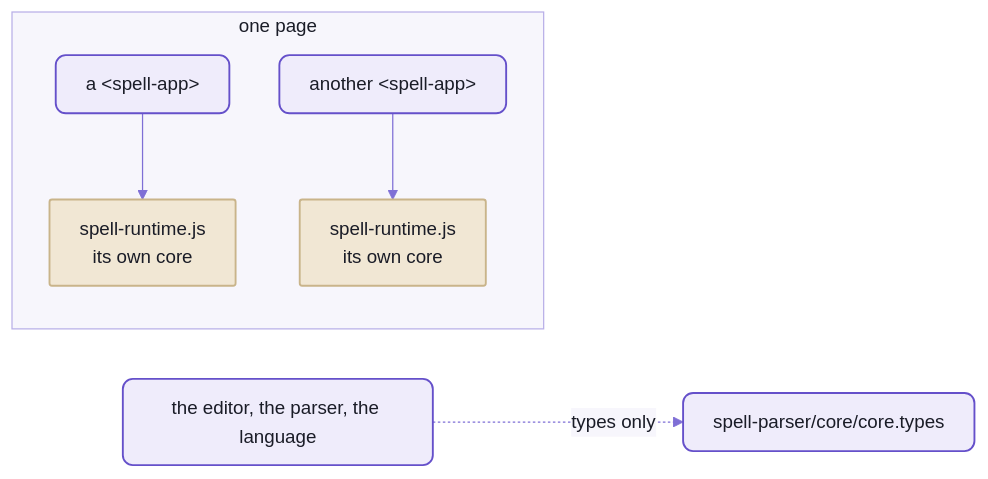
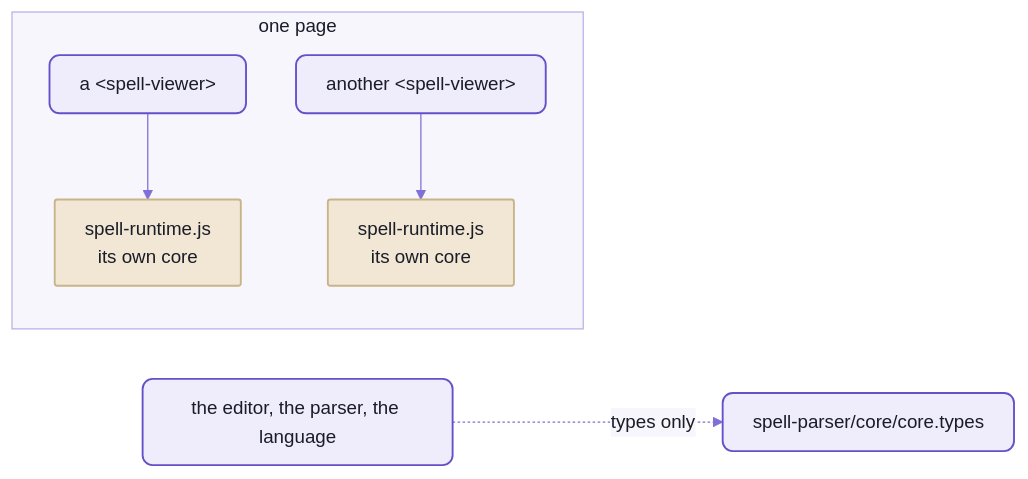
One commit to spell-app/spell changed the second of 2 diagrams in parser/README-core.md. Above: the diagram before and after it, drawn with Mermaid. The commit also changed other lines of this file and 36 other files, not shown here.

Commit message:
elemental-spell P2, I1, I2:  Spell Viewer -- the runtime <spell-app> page element is now <spell-viewer>;  App is a View with its own <solitaire-app> element, which the viewer places;  compiled modules import only the built-in classes they use

````diff
--- a/parser/README-core.md
+++ b/parser/README-core.md
@@ -404,13 +405,13 @@
 ```mermaid
 %%{init: {"theme":"base","themeVariables":{"fontFamily":"-apple-system, BlinkMacSystemFont, Segoe UI, Helvetica, Arial, sans-serif","fontSize":"15px","primaryColor":"#EFECFB","primaryBorderColor":"#6550CA","primaryTextColor":"#1A1C27","secondaryColor":"#F4F1E9","tertiaryColor":"#F7F6FC","lineColor":"#7F6FD6","textColor":"#7F6FD6","clusterBkg":"#F7F6FC","clusterBorder":"#B9B0E8","titleColor":"#1A1C27","edgeLabelBackground":"#F7F6FC","actorBkg":"#EFECFB","actorBorder":"#6550CA","actorTextColor":"#1A1C27","actorLineColor":"#9C90DE","signalColor":"#7F6FD6","signalTextColor":"#7F6FD6","labelBoxBkgColor":"#EFECFB","labelBoxBorderColor":"#6550CA","labelTextColor":"#1A1C27","loopTextColor":"#7F6FD6","noteBkgColor":"#F1E7D4","noteBorderColor":"#C9B48A","noteTextColor":"#1A1C27","activationBkgColor":"#DCD6F7","activationBorderColor":"#6550CA","sequenceNumberColor":"#FFFFFF"},"flowchart":{"curve":"basis","padding":12,"nodeSpacing":40,"rankSpacing":44}}}%%
 flowchart LR
   subgraph page ["one page"]
-    a1["a &lt;spell-app&gt;"] --> r1["spell-runtime.js<br/>its own core"]
-    a2["another &lt;spell-app&gt;"] --> r2["spell-runtime.js<br/>its own core"]
+    a1["a &lt;spell-viewer&gt;"] --> r1["spell-runtime.js<br/>its own core"]
+    a2["another &lt;spell-viewer&gt;"] --> r2["spell-runtime.js<br/>its own core"]
   end
   ed["the editor, the parser, the language"] -. "types only" .-> types["spell-parser/core/core.types"]
   %% the Spell look:  yarn mermaid:pretty
   classDef default fill:#EFECFB,stroke:#6550CA,stroke-width:1.5px,color:#1A1C27,rx:8px,ry:8px
   classDef data fill:#F1E7D4,stroke:#C9B48A,stroke-width:1.5px,color:#1A1C27,rx:2px,ry:2px
   class r1,r2 data
 ```
````
